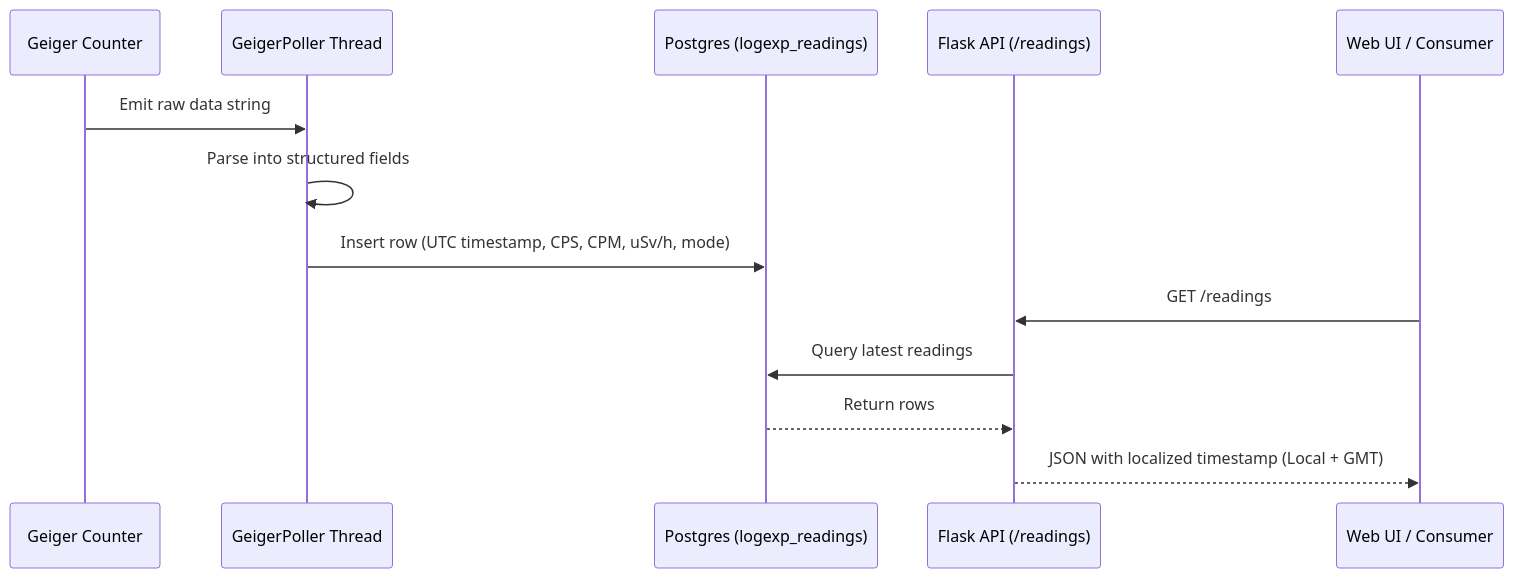
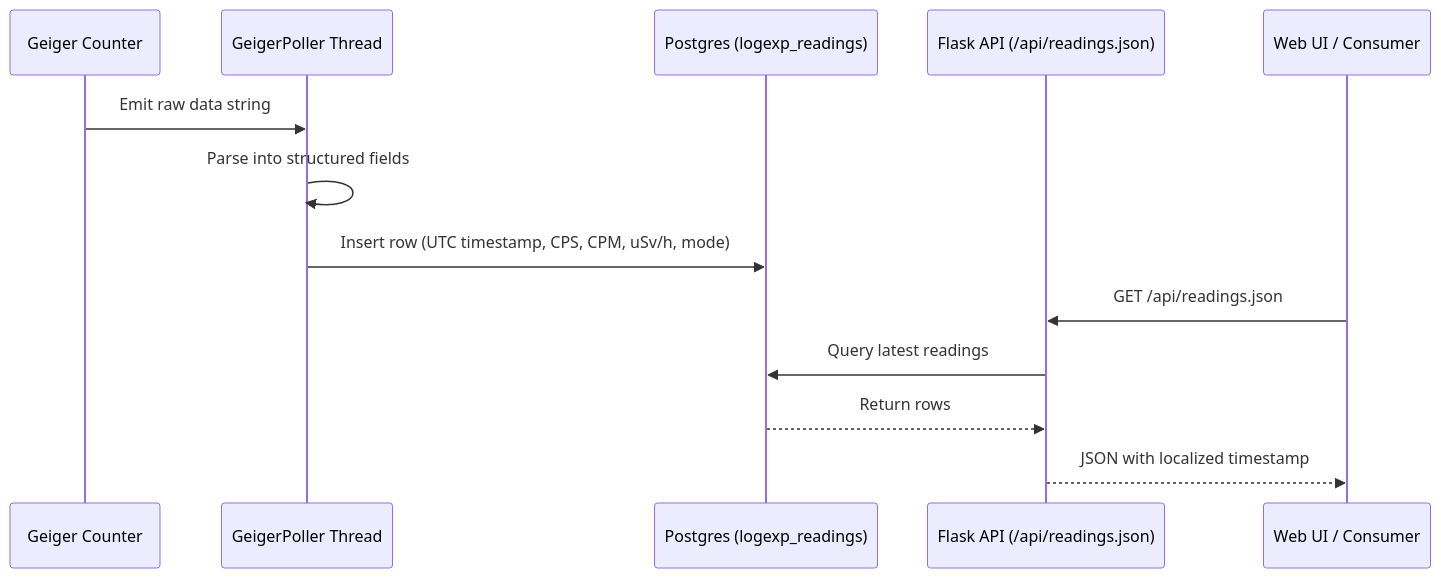
One commit to gaspode-wonder/logexp changed the second of 2 diagrams in README.md. Above: the diagram before and after it, drawn with Mermaid. The commit also changed other lines of this file, not shown here.

````diff
--- a/README.md
+++ b/README.md
@@ -174,16 +183,16 @@
 ```mermaid
 sequenceDiagram
     participant GC as Geiger Counter
     participant Poller as GeigerPoller Thread
     participant DB as Postgres (logexp_readings)
-    participant API as Flask API (/readings)
+    participant API as Flask API (/api/readings.json)
     participant Client as Web UI / Consumer
 
     GC->>Poller: Emit raw data string
     Poller->>Poller: Parse into structured fields
     Poller->>DB: Insert row (UTC timestamp, CPS, CPM, uSv/h, mode)
-    Client->>API: GET /readings
+    Client->>API: GET /api/readings.json
     API->>DB: Query latest readings
     DB-->>API: Return rows
-    API-->>Client: JSON with localized timestamp (Local + GMT)
+    API-->>Client: JSON with localized timestamp
 ```
````
